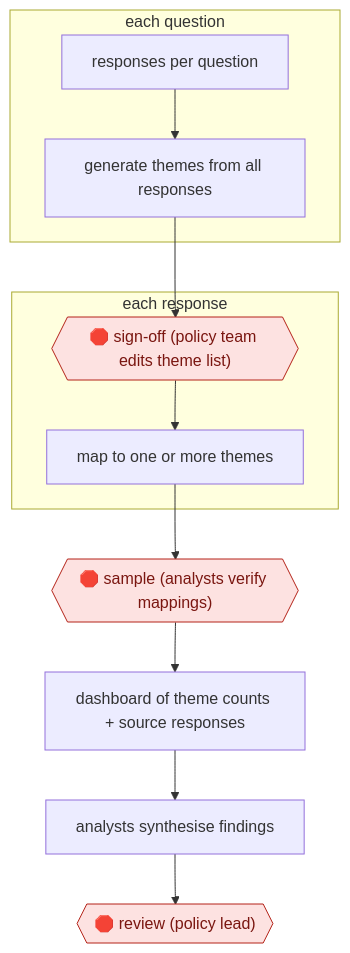
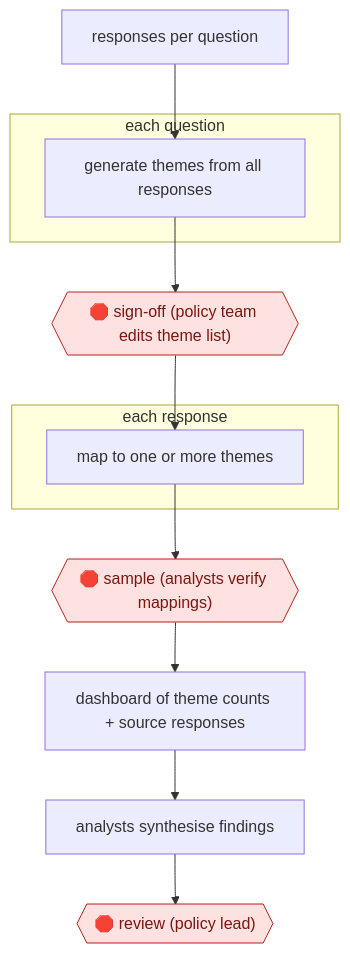
Before and after one commit to milesradford99/agent-workflow-atlas: the diagram in workflows/ORG/GOV/POLICY/theme-sign-off-consultation-analysis/README.md, drawn with Mermaid. The commit also changed other lines of this file and 171 other files, not shown here.

````diff
--- a/workflows/ORG/GOV/POLICY/theme-sign-off-consultation-analysis/README.md
+++ b/workflows/ORG/GOV/POLICY/theme-sign-off-consultation-analysis/README.md
@@ -31,23 +31,23 @@
 ```mermaid
 flowchart TD
   n1["responses per question"]
   subgraph s2["each question"]
   n3["generate themes from all responses"]
-  n1 --> n3
   end
   n4{{"🛑 sign-off (policy team edits theme list)"}}:::stop
-  n3 --> n4
   subgraph s5["each response"]
   n6["map to one or more themes"]
-  n4 --> n6
   end
   n7{{"🛑 sample (analysts verify mappings)"}}:::stop
+  n8["dashboard of theme counts + source responses"]
+  n9["analysts synthesise findings"]
+  n10{{"🛑 review (policy lead)"}}:::stop
+  n1 --> n3
+  n3 --> n4
+  n4 --> n6
   n6 --> n7
-  n8["dashboard of theme counts + source responses"]
   n7 --> n8
-  n9["analysts synthesise findings"]
   n8 --> n9
-  n10{{"🛑 review (policy lead)"}}:::stop
   n9 --> n10
   classDef stop fill:#fde2e1,stroke:#b42318,color:#7a1610
 ```
````
